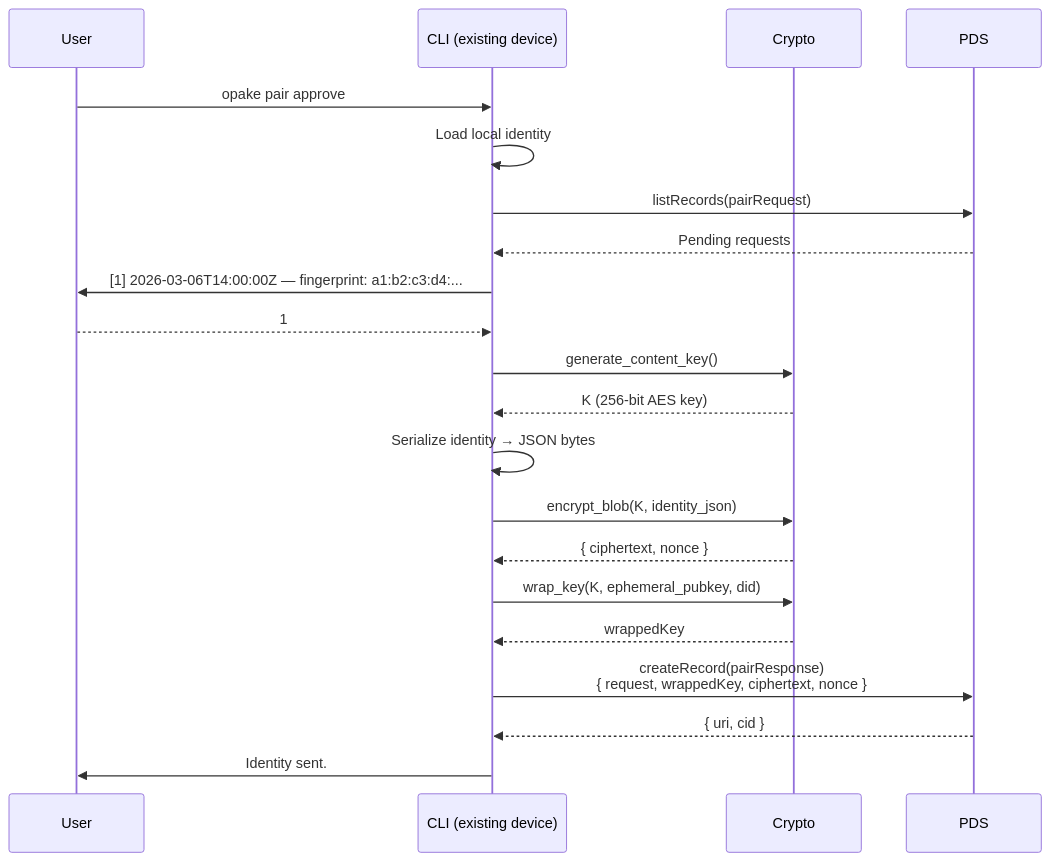
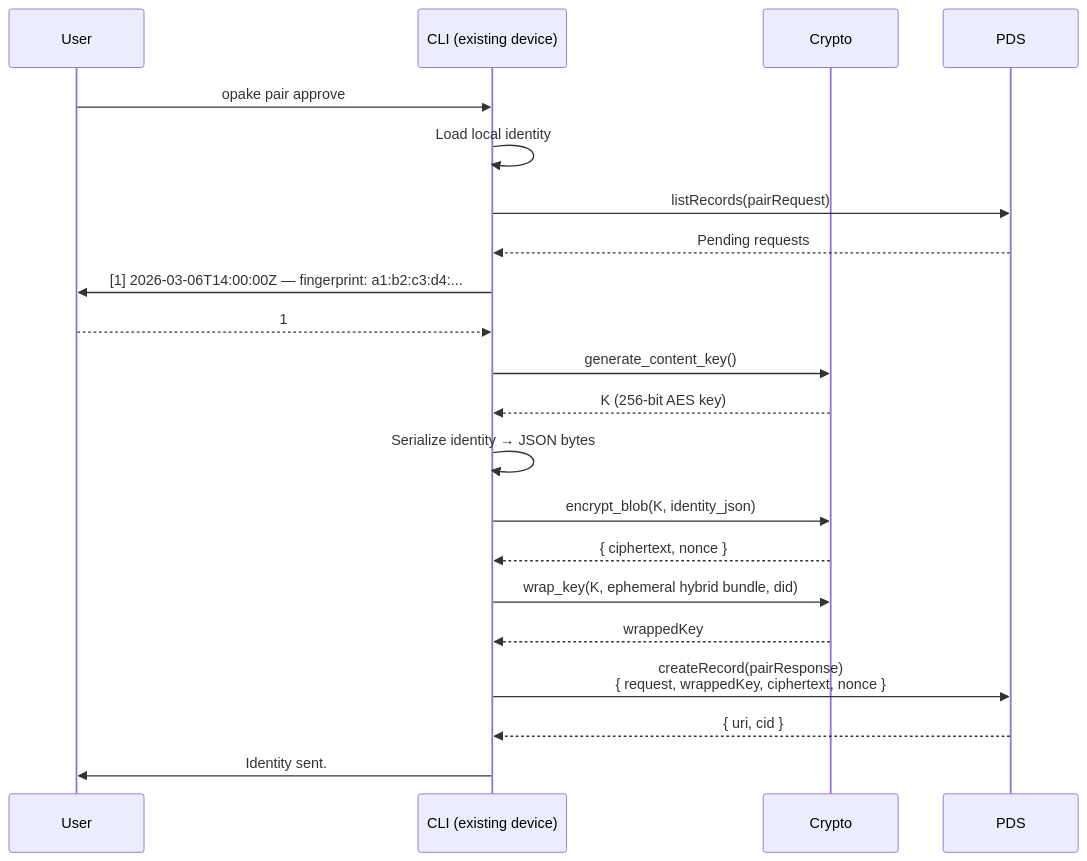
The second of 4 diagrams in docs/flows/pairing.md (Sans-Self/Opake), drawn with Mermaid before and after one commit. The commit also changed other lines of this file and 35 other files, not shown here.

````diff
--- a/docs/flows/pairing.md
+++ b/docs/flows/pairing.md
@@ -43,33 +43,33 @@
 ```mermaid
 sequenceDiagram
     participant User
     participant CLI as CLI (existing device)
     participant Crypto
     participant PDS
 
     User->>CLI: opake pair approve
 
     CLI->>CLI: Load local identity
 
     CLI->>PDS: listRecords(pairRequest)
     PDS-->>CLI: Pending requests
 
     CLI->>User: [1] 2026-03-06T14:00:00Z — fingerprint: a1:b2:c3:d4:...
     User-->>CLI: 1
 
     CLI->>Crypto: generate_content_key()
     Crypto-->>CLI: K (256-bit AES key)
 
     CLI->>CLI: Serialize identity → JSON bytes
 
     CLI->>Crypto: encrypt_blob(K, identity_json)
     Crypto-->>CLI: { ciphertext, nonce }
 
-    CLI->>Crypto: wrap_key(K, ephemeral_pubkey, did)
+    CLI->>Crypto: wrap_key(K, ephemeral hybrid bundle, did)
     Crypto-->>CLI: wrappedKey
 
     CLI->>PDS: createRecord(pairResponse)<br/>{ request, wrappedKey, ciphertext, nonce }
     PDS-->>CLI: { uri, cid }
 
     CLI->>User: Identity sent.
 ```
````
